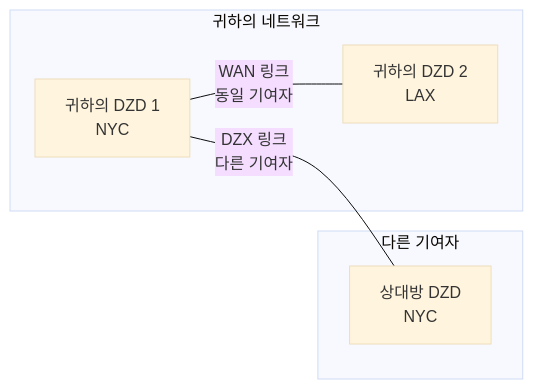
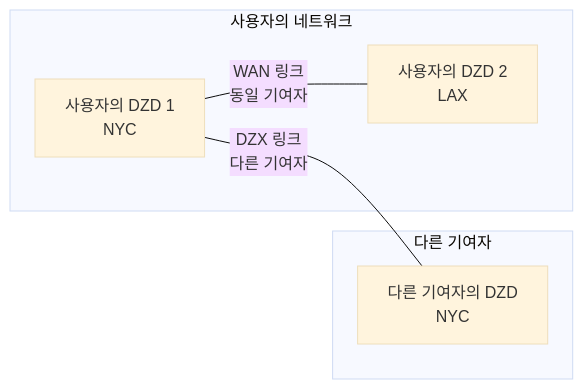
Diagram 11 of 13 in docs/contribute-provisioning.ko.md (malbeclabs/docs), drawn with Mermaid (base theme) before and after one commit. The commit also changed other lines of this file and 160 other files, not shown here.

````diff
--- a/docs/contribute-provisioning.ko.md
+++ b/docs/contribute-provisioning.ko.md
@@ -578,14 +647,14 @@
 ```mermaid
 flowchart LR
-    subgraph "귀하의 네트워크"
-        D1[귀하의 DZD 1<br/>NYC]
-        D2[귀하의 DZD 2<br/>LAX]
+    subgraph "사용자의 네트워크"
+        D1[사용자의 DZD 1<br/>NYC]
+        D2[사용자의 DZD 2<br/>LAX]
     end
 
     subgraph "다른 기여자"
-        O1[상대방 DZD<br/>NYC]
+        O1[다른 기여자의 DZD<br/>NYC]
     end
 
     D1 ---|WAN 링크<br/>동일 기여자| D2
     D1 ---|DZX 링크<br/>다른 기여자| O1
 ```
````
